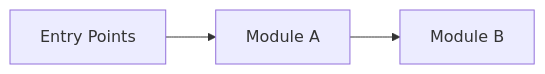
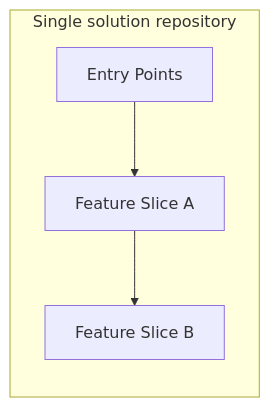
Before and after one commit to managedcode/MCAF: the first of 3 diagrams in skills/mcaf-architecture-overview/references/overview-template.md, drawn with Mermaid. The commit also changed other lines of this file and 39 other files, not shown here.

````diff
--- a/skills/mcaf-architecture-overview/references/overview-template.md
+++ b/skills/mcaf-architecture-overview/references/overview-template.md
@@ -41,9 +59,11 @@
 ```mermaid
 flowchart LR
-  EP[Entry Points]
-  A[Module A]
-  B[Module B]
+  subgraph Repo[Single solution repository]
+    EP[Entry Points]
+    A[Feature Slice A]
+    B[Feature Slice B]
+  end
 
   EP --> A
   A --> B
 ```
````
